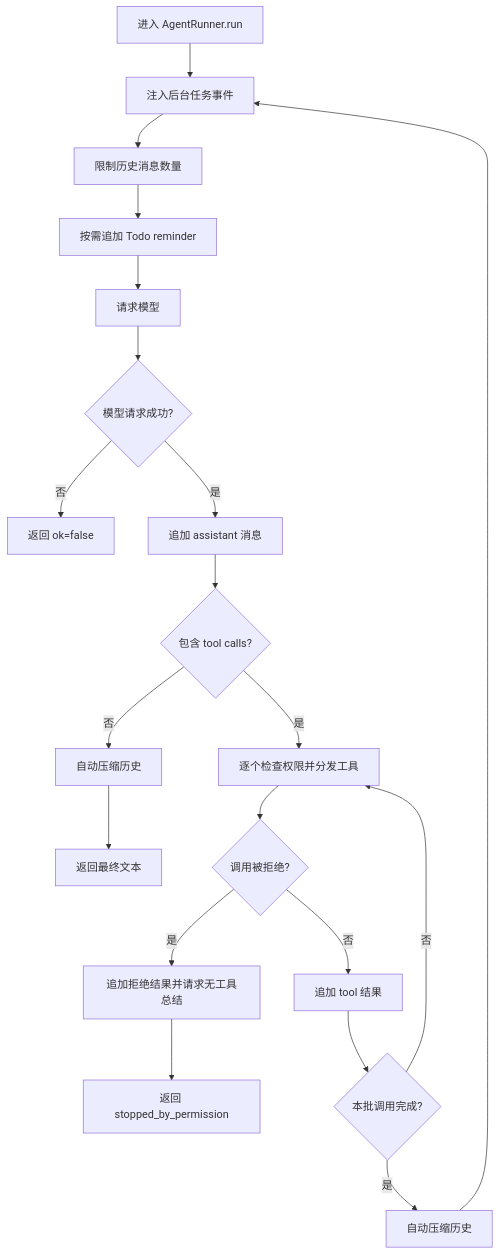
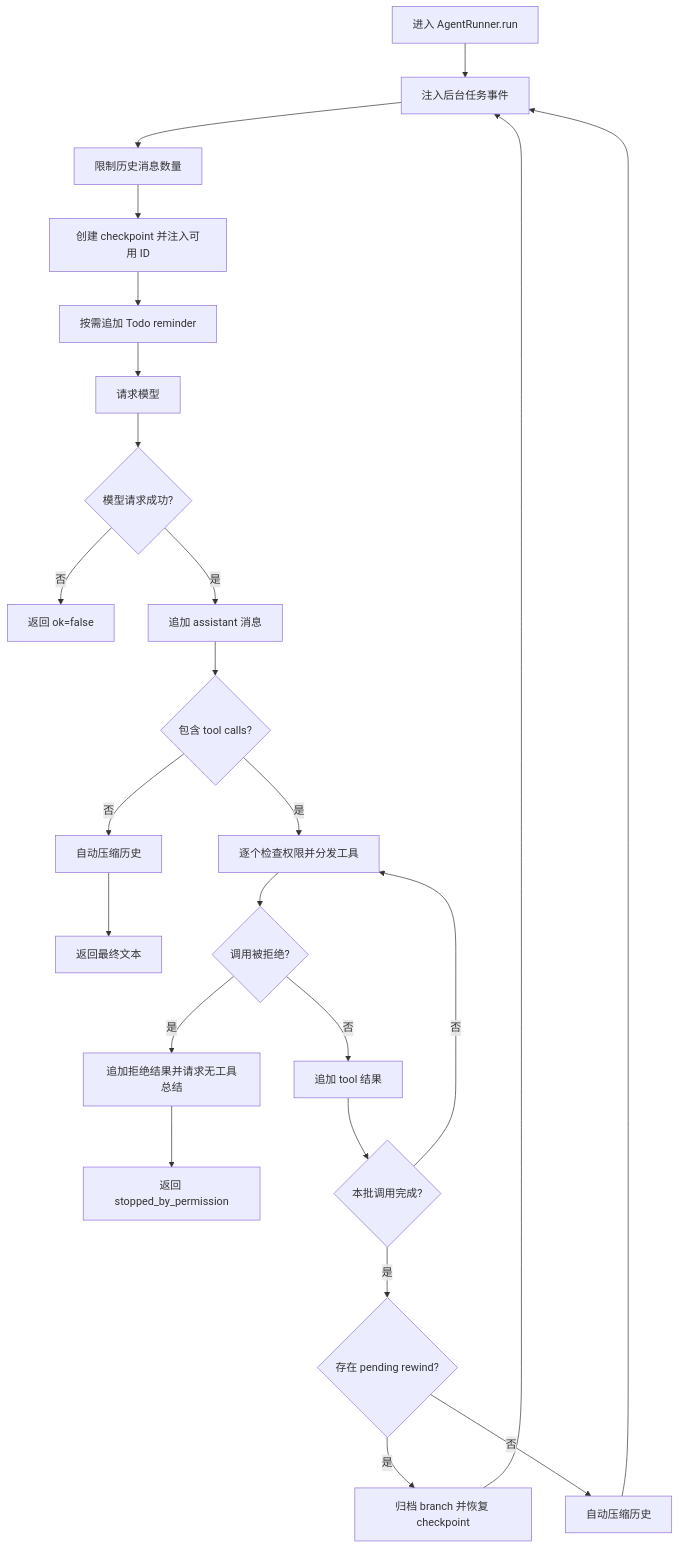
The eighth of 15 diagrams in docs/ARCHITECTURE.md (Alex-J4096/swe-agent), drawn with Mermaid before and after one commit. The commit also changed other lines of this file and 38 other files, not shown here.

````diff
--- a/docs/ARCHITECTURE.md
+++ b/docs/ARCHITECTURE.md
@@ -893,22 +899,26 @@
 ```mermaid
 flowchart TD
     A[进入 AgentRunner.run] --> B[注入后台任务事件]
     B --> C[限制历史消息数量]
-    C --> D[按需追加 Todo reminder]
+    C --> C2[创建 checkpoint 并注入可用 ID]
+    C2 --> D[按需追加 Todo reminder]
     D --> E[请求模型]
     E --> F{模型请求成功?}
     F -->|否| G[返回 ok=false]
     F -->|是| H[追加 assistant 消息]
     H --> I{包含 tool calls?}
     I -->|否| J[自动压缩历史]
     J --> K[返回最终文本]
     I -->|是| L[逐个检查权限并分发工具]
     L --> M{调用被拒绝?}
     M -->|是| N[追加拒绝结果并请求无工具总结]
     N --> O[返回 stopped_by_permission]
     M -->|否| P[追加 tool 结果]
     P --> Q{本批调用完成?}
     Q -->|否| L
-    Q -->|是| R[自动压缩历史]
+    Q -->|是| Q2{存在 pending rewind?}
+    Q2 -->|是| Q3[归档 branch 并恢复 checkpoint]
+    Q3 --> B
+    Q2 -->|否| R[自动压缩历史]
     R --> B
 ```
````
